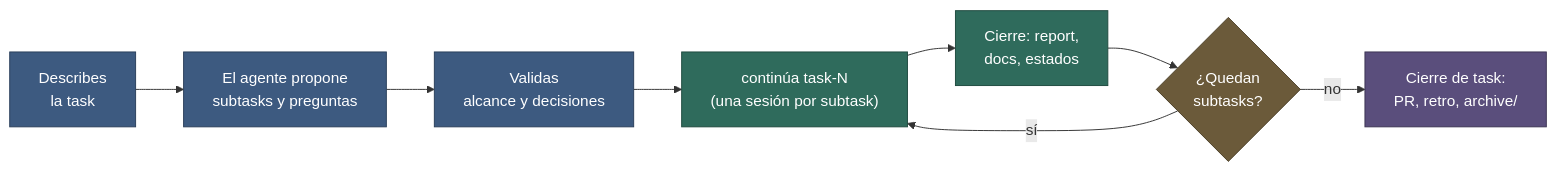
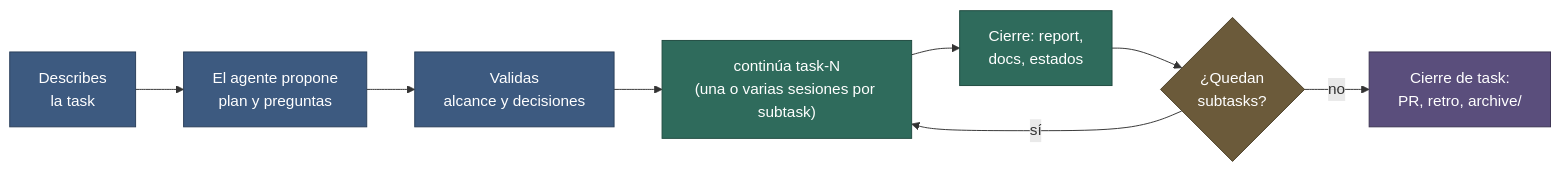
One commit to TomasCDG/dev-guidelines changed the diagram in docs/03-uso.md. Above: the diagram before and after it, drawn with Mermaid. The commit also changed other lines of this file and 93 other files, not shown here.

````diff
--- a/docs/03-uso.md
+++ b/docs/03-uso.md
@@ -37,19 +37,19 @@
 ```mermaid
 flowchart LR
-    a["Describes<br/>la task"] --> b["El agente propone<br/>subtasks y preguntas"]
+    a["Describes<br/>la task"] --> b["El agente propone<br/>plan y preguntas"]
     b --> c["Validas<br/>alcance y decisiones"]
-    c --> d["continúa task-N<br/>(una sesión por subtask)"]
+    c --> d["continúa task-N<br/>(una o varias sesiones por subtask)"]
     d --> e["Cierre: report,<br/>docs, estados"]
     e --> f{"¿Quedan<br/>subtasks?"}
     f -->|"sí"| d
     f -->|"no"| g["Cierre de task:<br/>PR, retro, archive/"]
 
     classDef p fill:#3d5a80,stroke:#2a3f5a,color:#ffffff
     classDef w fill:#2f6b5c,stroke:#1f4a3f,color:#ffffff
     classDef q fill:#6b5a3a,stroke:#4a3e27,color:#ffffff
     classDef z fill:#5a4e7c,stroke:#3c3453,color:#ffffff
     class a,b,c p
     class d,e w
     class f q
     class g z
 ```
````
